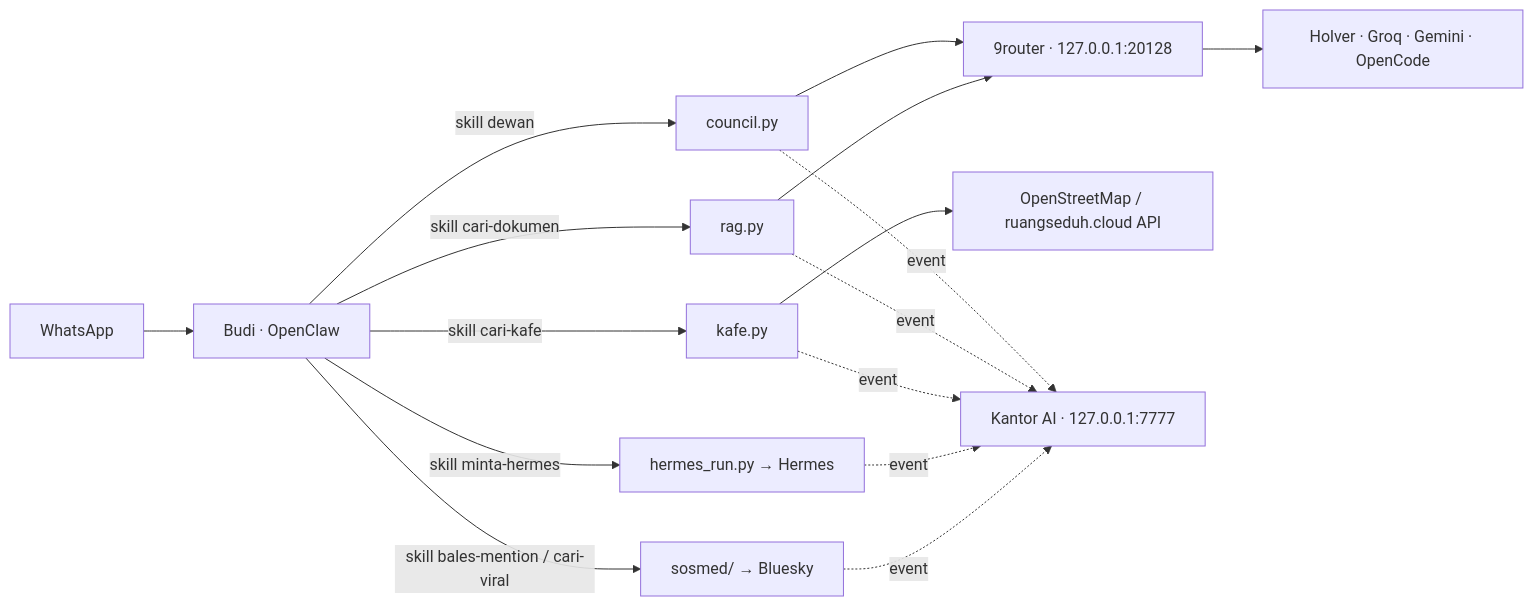
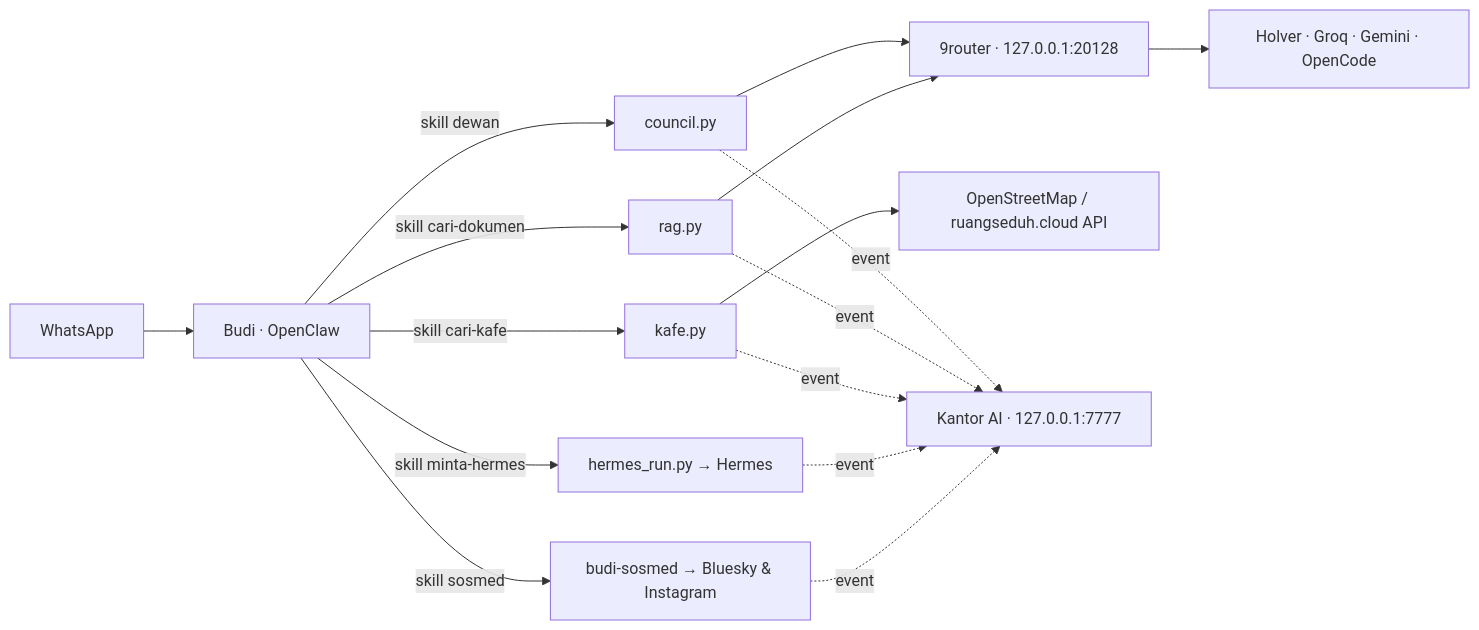
Before and after one commit to louisaurelius343/budi-ai-council: the diagram in README.md, drawn with Mermaid. The commit also changed other lines of this file and 8 other files, not shown here.

First line of the commit message:
Pindahkan modul sosmed ke budi-sosmed

````diff
--- a/README.md
+++ b/README.md
@@ -5,13 +5,13 @@
 ```mermaid
 flowchart LR
     WA[WhatsApp] --> B[Budi · OpenClaw]
     B -->|skill dewan| C[council.py]
     B -->|skill cari-dokumen| R[rag.py]
     B -->|skill cari-kafe| K[kafe.py]
     B -->|skill minta-hermes| H[hermes_run.py → Hermes]
-    B -->|skill bales-mention / cari-viral| S[sosmed/ → Bluesky]
+    B -->|skill sosmed| S[budi-sosmed → Bluesky & Instagram]
     C & R --> NR[9router · 127.0.0.1:20128]
     NR --> P[Holver · Groq · Gemini · OpenCode]
     K --> OSM[OpenStreetMap / ruangseduh.cloud API]
     C & R & K & H & S -.event.-> KA[Kantor AI · 127.0.0.1:7777]
 ```
````
